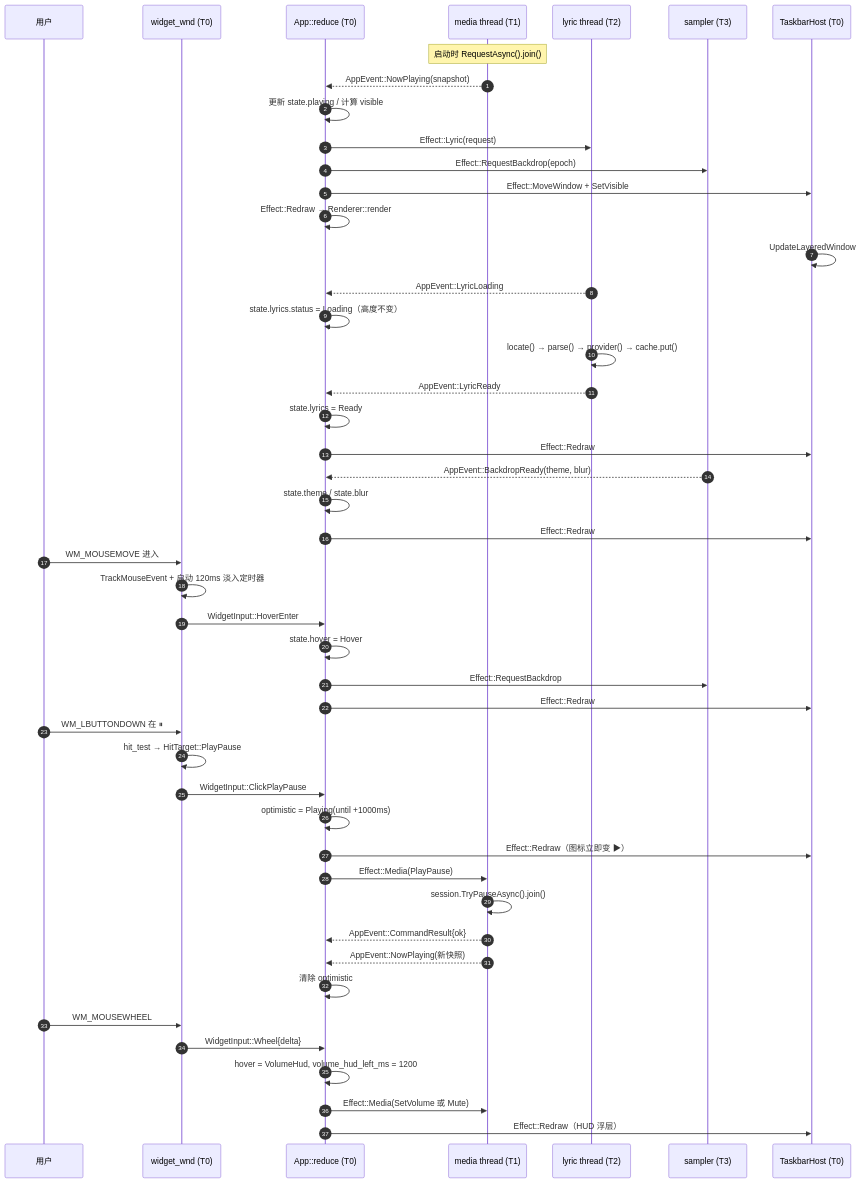
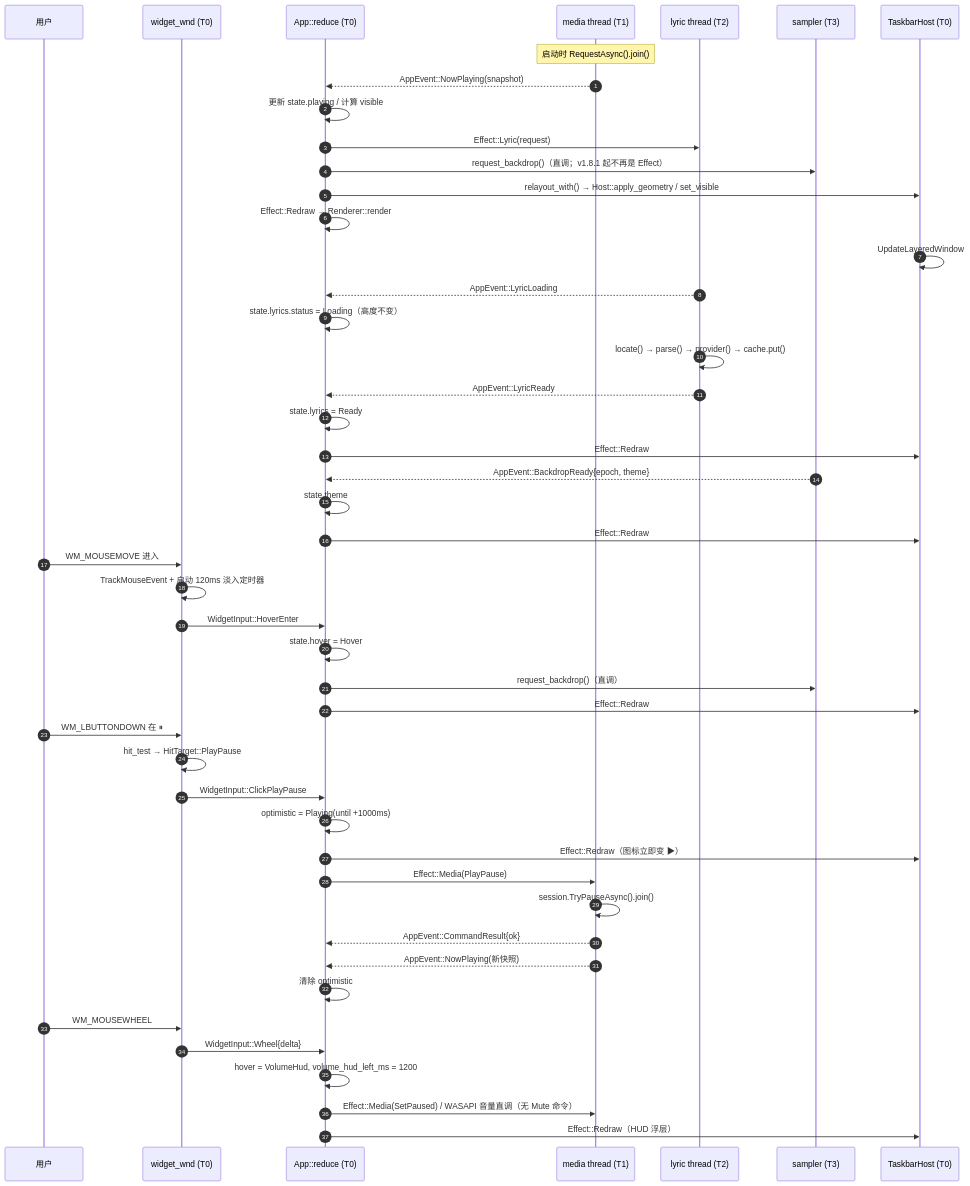
Before and after one commit to Yi-One1/QuLan-Barline: the second of 3 diagrams in docs/ARCHITECTURE.md, drawn with Mermaid. The commit also changed other lines of this file and 114 other files, not shown here.

First line of the commit message:
refactor: v1.8.1 — G6 清理（死码 -345 行 / 死事件 9 变体 / 死配置三处 / 81MB 截图 / 15 处失实注释）

````diff
--- a/docs/ARCHITECTURE.md
+++ b/docs/ARCHITECTURE.md
@@ -1711,55 +1692,55 @@
 ```mermaid
 sequenceDiagram
     autonumber
     participant U as 用户
     participant W as widget_wnd (T0)
     participant A as App::reduce (T0)
     participant M as media thread (T1)
     participant L as lyric thread (T2)
     participant S as sampler (T3)
     participant H as TaskbarHost (T0)
 
     Note over M: 启动时 RequestAsync().join()
     M-->>A: AppEvent::NowPlaying(snapshot)
     A->>A: 更新 state.playing / 计算 visible
     A->>L: Effect::Lyric(request)
-    A->>S: Effect::RequestBackdrop(epoch)
-    A->>H: Effect::MoveWindow + SetVisible
+    A->>S: request_backdrop()（直调；v1.8.1 起不再是 Effect）
+    A->>H: relayout_with() → Host::apply_geometry / set_visible
     A->>A: Effect::Redraw → Renderer::render
     H->>H: UpdateLayeredWindow
 
     L-->>A: AppEvent::LyricLoading
     A->>A: state.lyrics.status = Loading（高度不变）
     L->>L: locate() → parse() → provider() → cache.put()
     L-->>A: AppEvent::LyricReady
     A->>A: state.lyrics = Ready
     A->>H: Effect::Redraw
 
-    S-->>A: AppEvent::BackdropReady(theme, blur)
-    A->>A: state.theme / state.blur
+    S-->>A: AppEvent::BackdropReady{epoch, theme}
+    A->>A: state.theme
     A->>H: Effect::Redraw
 
     U->>W: WM_MOUSEMOVE 进入
     W->>W: TrackMouseEvent + 启动 120ms 淡入定时器
     W->>A: WidgetInput::HoverEnter
     A->>A: state.hover = Hover
-    A->>S: Effect::RequestBackdrop
+    A->>S: request_backdrop()（直调）
     A->>H: Effect::Redraw
 
     U->>W: WM_LBUTTONDOWN 在 ⏸
     W->>W: hit_test → HitTarget::PlayPause
     W->>A: WidgetInput::ClickPlayPause
     A->>A: optimistic = Playing(until +1000ms)
     A->>H: Effect::Redraw（图标立即变 ▶）
     A->>M: Effect::Media(PlayPause)
     M->>M: session.TryPauseAsync().join()
     M-->>A: AppEvent::CommandResult{ok}
     M-->>A: AppEvent::NowPlaying(新快照)
     A->>A: 清除 optimistic
 
     U->>W: WM_MOUSEWHEEL
     W->>A: WidgetInput::Wheel{delta}
     A->>A: hover = VolumeHud, volume_hud_left_ms = 1200
-    A->>M: Effect::Media(SetVolume 或 Mute)
+    A->>M: Effect::Media(SetPaused) / WASAPI 音量直调（无 Mute 命令）
     A->>H: Effect::Redraw（HUD 浮层）
 ```
````
